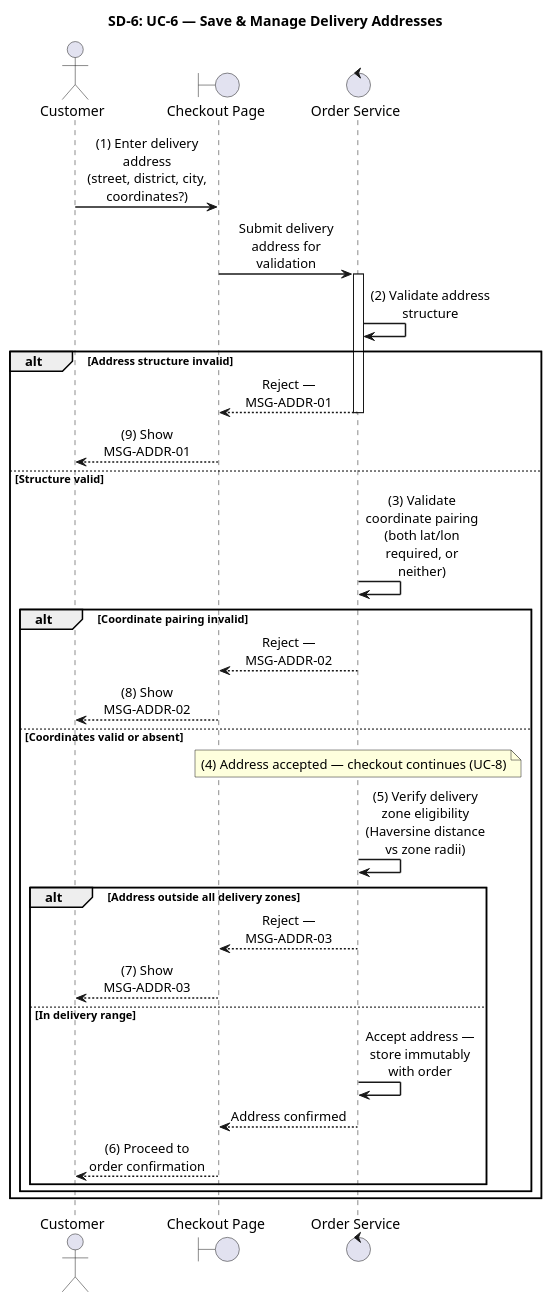
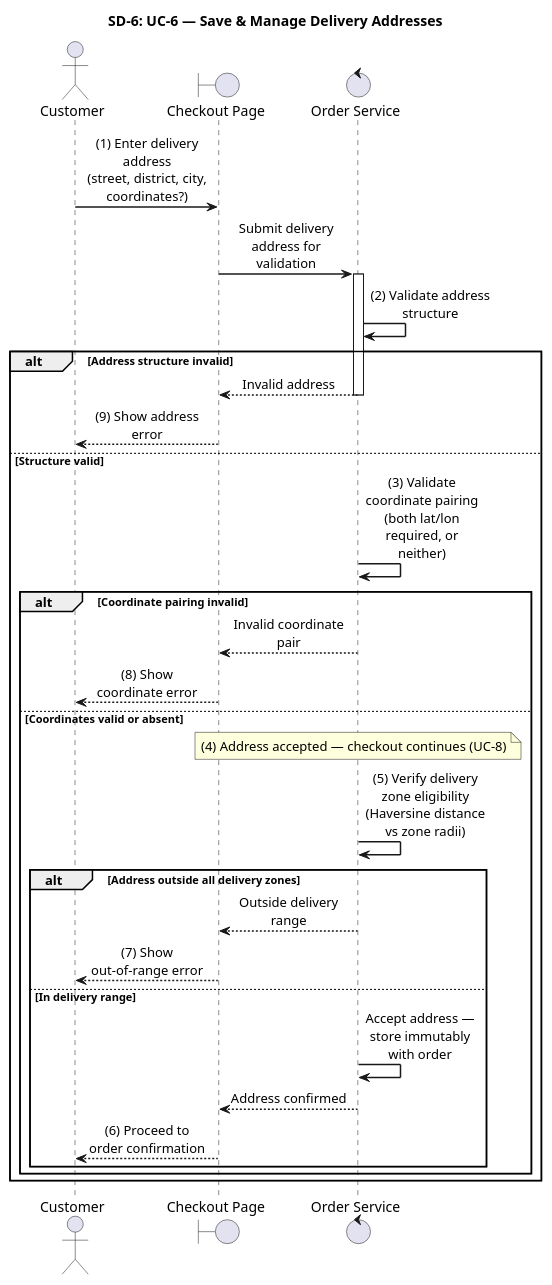
Before and after one commit to luubinhdeptrai/Food_Delivery: the sixth of 35 diagrams in apps/api/docs/Final_Documents/SRS_SequenceDiagrams.md, drawn with PlantUML. The commit also changed other lines of this file, not shown here.

Commit message:
complete sequence diagram

````diff
--- a/apps/api/docs/Final_Documents/SRS_SequenceDiagrams.md
+++ b/apps/api/docs/Final_Documents/SRS_SequenceDiagrams.md
@@ -412,56 +421,56 @@
 ```plantuml
 @startuml SD-6_DeliveryAddresses
 
 skinparam shadowing false
 skinparam sequenceMessageAlign center
 skinparam responseMessageBelowArrow true
 skinparam maxMessageSize 120
 skinparam sequenceArrowThickness 1.5
 skinparam ParticipantPadding 20
 skinparam BoxPadding 10
 
 title SD-6: UC-6 — Save & Manage Delivery Addresses
 
 actor "Customer" as Actor
 boundary "Checkout Page" as UI
 control "Order Service" as OrderSvc
 
 autonumber stop
 
 Actor -> UI : (1) Enter delivery address\n(street, district, city, coordinates?)
 UI -> OrderSvc : Submit delivery address for validation
 activate OrderSvc
 
 OrderSvc -> OrderSvc : (2) Validate address structure
 
 alt Address structure invalid
-    OrderSvc --> UI : Reject — MSG-ADDR-01
+    OrderSvc --> UI : Invalid address
     deactivate OrderSvc
-    UI --> Actor : (9) Show MSG-ADDR-01
+    UI --> Actor : (9) Show address error
 else Structure valid
     OrderSvc -> OrderSvc : (3) Validate coordinate pairing\n(both lat/lon required, or neither)
 
     alt Coordinate pairing invalid
-        OrderSvc --> UI : Reject — MSG-ADDR-02
+        OrderSvc --> UI : Invalid coordinate pair
         deactivate OrderSvc
-        UI --> Actor : (8) Show MSG-ADDR-02
+        UI --> Actor : (8) Show coordinate error
     else Coordinates valid or absent
         note over OrderSvc : (4) Address accepted — checkout continues (UC-8)
 
         OrderSvc -> OrderSvc : (5) Verify delivery zone eligibility\n(Haversine distance vs zone radii)
 
         alt Address outside all delivery zones
-            OrderSvc --> UI : Reject — MSG-ADDR-03
+            OrderSvc --> UI : Outside delivery range
             deactivate OrderSvc
-            UI --> Actor : (7) Show MSG-ADDR-03
+            UI --> Actor : (7) Show out-of-range error
         else In delivery range
             OrderSvc -> OrderSvc : Accept address — store immutably with order
             OrderSvc --> UI : Address confirmed
             deactivate OrderSvc
             UI --> Actor : (6) Proceed to order confirmation
         end
     end
 end
 
 @enduml
 ```
````
